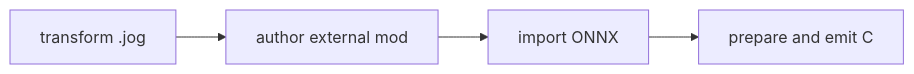
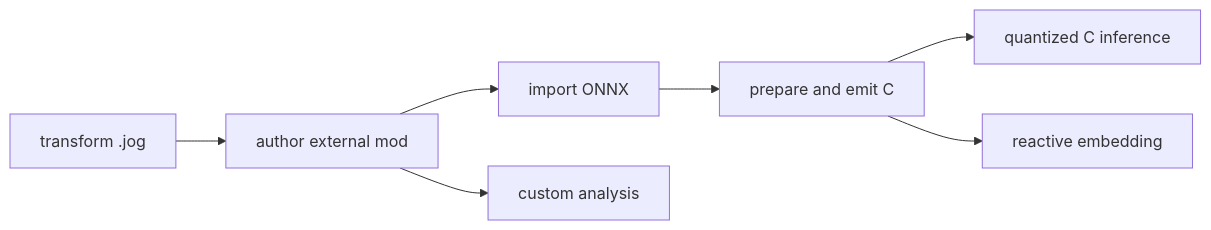
The diagram in docs/guides/index.md (lancerstadium/joggle), drawn with Mermaid before and after one commit. The commit also changed other lines of this file and 16 other files, not shown here.

````diff
--- a/docs/guides/index.md
+++ b/docs/guides/index.md
@@ -10,6 +10,9 @@
 ```mermaid
 flowchart LR
     A[transform .jog] --> B[author external mod]
     B --> C[import ONNX]
     C --> D[prepare and emit C]
+    D --> E[quantized C inference]
+    B --> F[custom analysis]
+    D --> G[reactive embedding]
 ```
````
